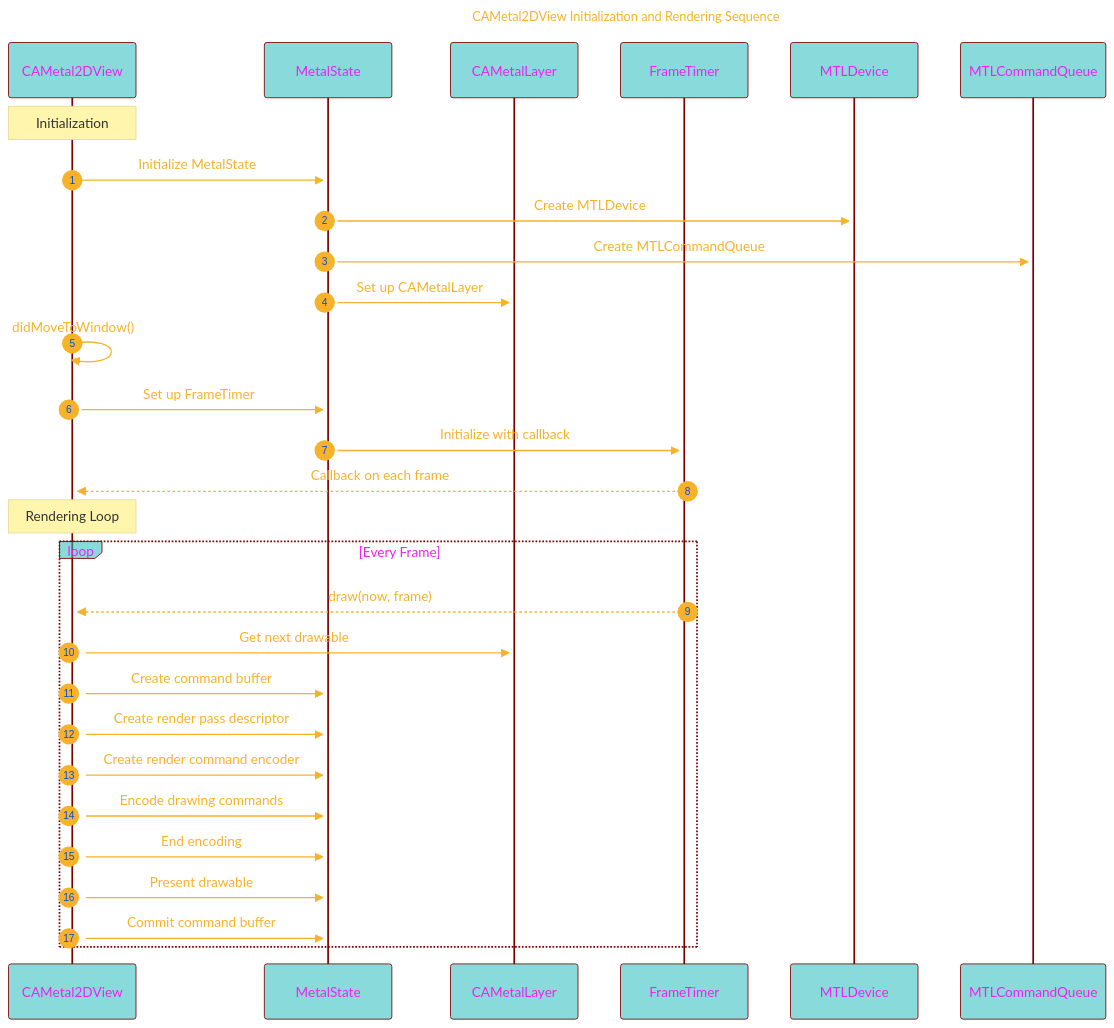
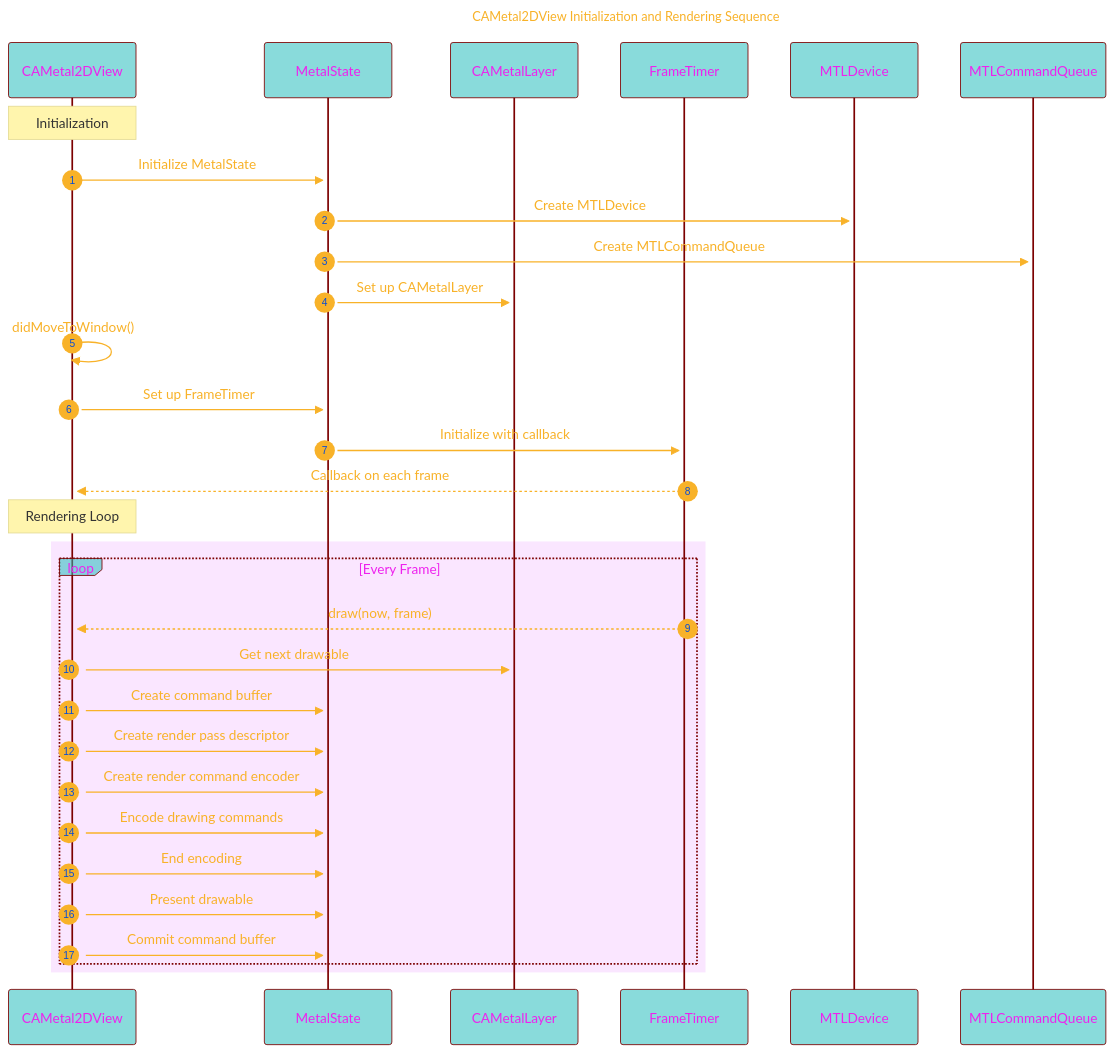
One commit to CongLeSolutionX/Metal-Primitives changed diagram 19 of 26 in DOCUMENTATIONS/Documentation.md. Above: the diagram before and after it, drawn with Mermaid.

````diff
--- a/DOCUMENTATIONS/Documentation.md
+++ b/DOCUMENTATIONS/Documentation.md
@@ -1310,62 +1310,65 @@
 ```mermaid
 ---
 title: "CAMetal2DView Initialization and Rendering Sequence"
 author: "Cong Le"
 version: "0.1"
 license(s): "MIT, CC BY 4.0"
 copyright: "Copyright (c) 2025 Cong Le. All Rights Reserved."
 config:
   layout: elk
   theme: base
 ---
 %%%%%%%% Mermaid version v11.4.1-b.14
 %%{
   init: {
     'sequence': { 'mirrorActors': true, 'showSequenceNumbers': true, 'actorMargin': 50 },
     'fontFamily': 'Monaco',
     'themeVariables': {
       'primaryColor': '#2BB8',
       'primaryBorderColor': '#7C0000',
       'lineColor': '#F8B229',
       'secondaryColor': '#6122',
       'tertiaryColor': '#fff',
       'fontSize': '15px',
       'textColor': '#F8B229',
       'actorTextColor': '#E2E',
       'stroke':'#033',
       'stroke-width': '0.2px'
     }
   }
 }%%
 sequenceDiagram
     autonumber
     participant View as CAMetal2DView
     participant State as MetalState
     participant Layer as CAMetalLayer
     participant Timer as FrameTimer
     participant Device as MTLDevice
     participant Queue as MTLCommandQueue
 
     Note over View: Initialization
     View->>+State: Initialize MetalState
     State->>+Device: Create MTLDevice
     State->>+Queue: Create MTLCommandQueue
     State->>+Layer: Set up CAMetalLayer
     View->>+View: didMoveToWindow()
     View->>State: Set up FrameTimer
     State->>+Timer: Initialize with callback
     Timer-->>View: Callback on each frame
 
     Note over View: Rendering Loop
-    loop Every Frame
-        Timer-->>+View: draw(now, frame)
-        View->>+Layer: Get next drawable
-        View->>State: Create command buffer
-        View->>State: Create render pass descriptor
-        View->>State: Create render command encoder
-        View->>State: Encode drawing commands
-        View->>State: End encoding
-        View->>State: Present drawable
-        View->>State: Commit command buffer
-    end
+
+	rect rgb(200, 15, 255, 0.1)
+    	loop Every Frame
+        	Timer-->>+View: draw(now, frame)
+        	View->>+Layer: Get next drawable
+        	View->>State: Create command buffer
+        	View->>State: Create render pass descriptor
+        	View->>State: Create render command encoder
+        	View->>State: Encode drawing commands
+        	View->>State: End encoding
+        	View->>State: Present drawable
+        	View->>State: Commit command buffer
+    	end
+	end
 ```
````
